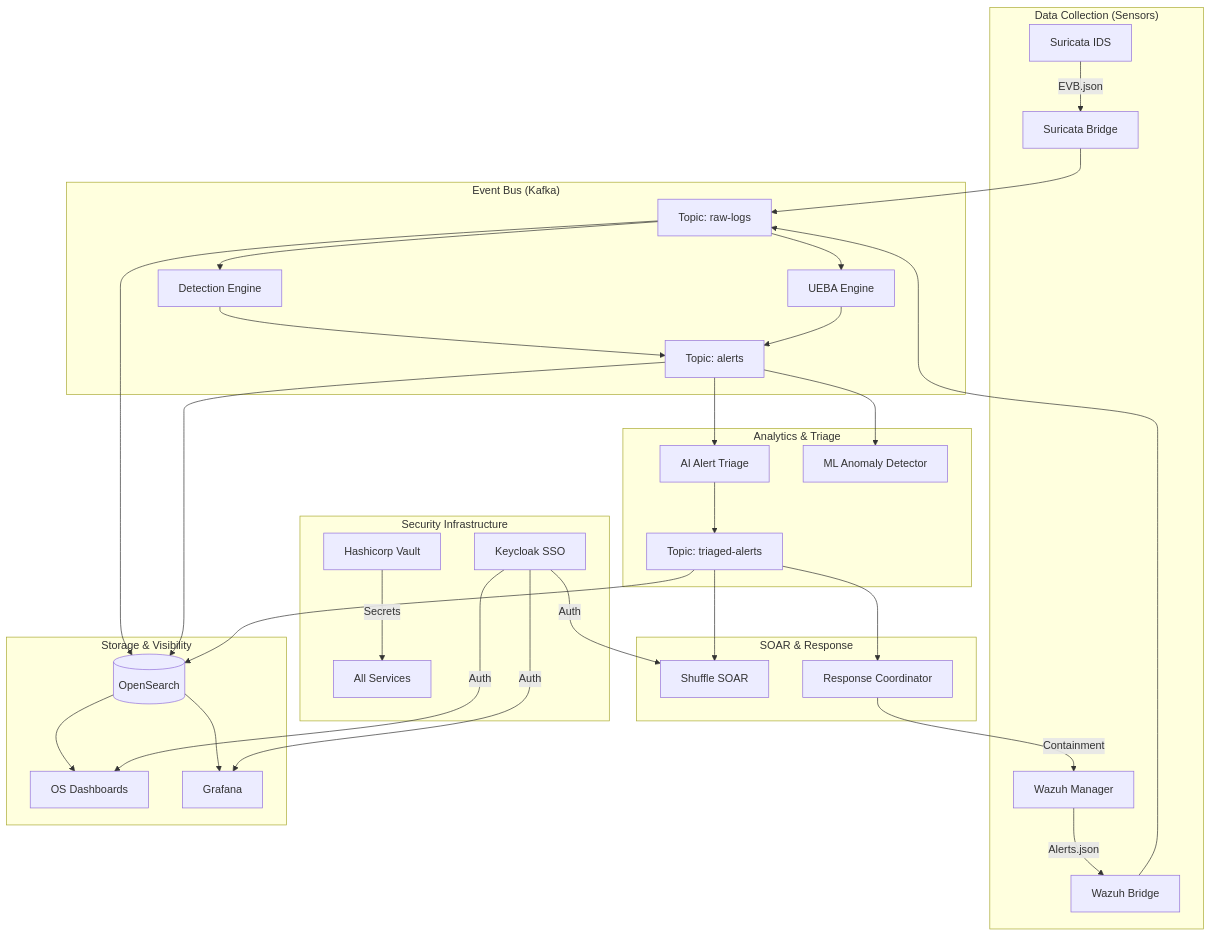
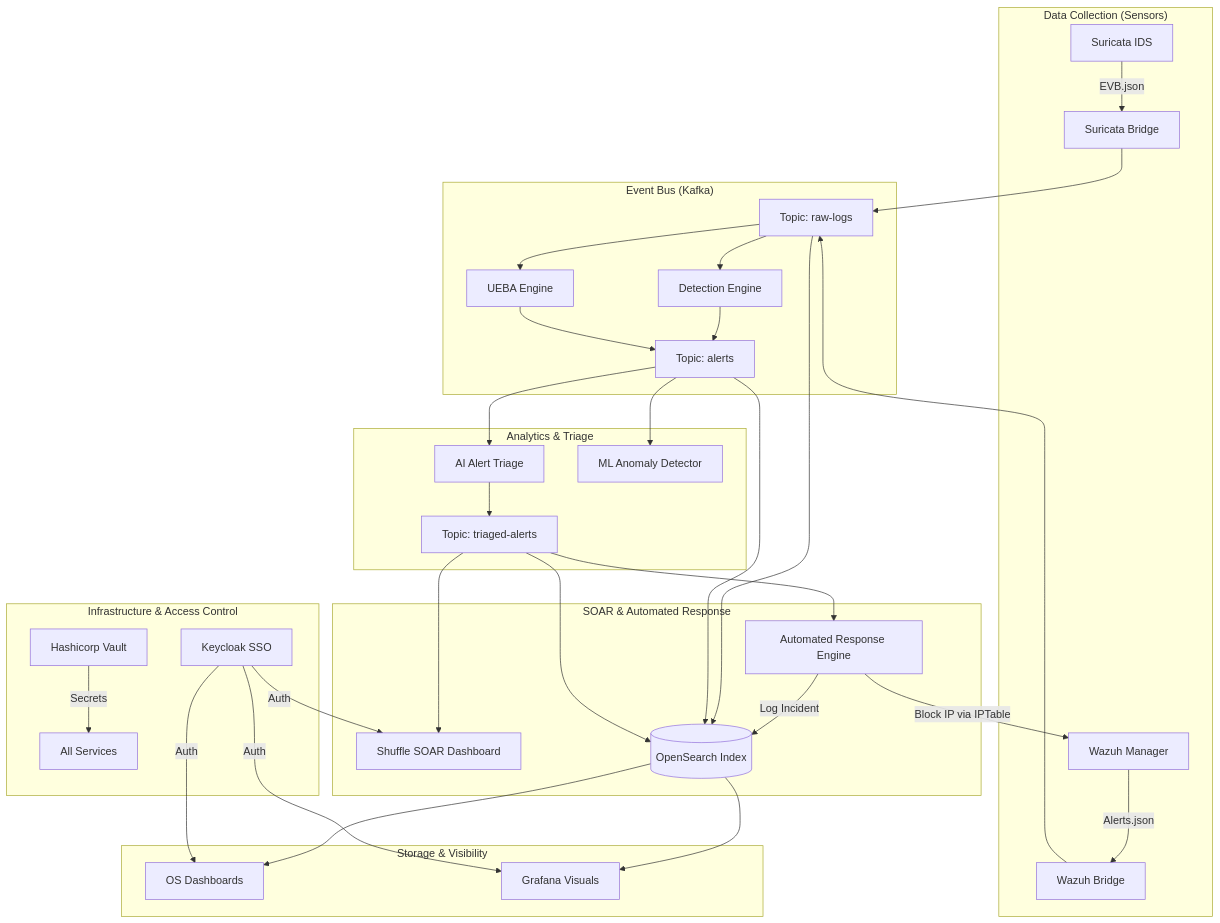
One commit to Adarsh16-30/Zero-Trust-SOC changed the diagram in README.md. Above: the diagram before and after it, drawn with Mermaid. The commit also changed other lines of this file and 4 other files, not shown here.

Commit message:
Optimize ML metrics, add OpenSearch response logging, and expand documentation

````diff
--- a/README.md
+++ b/README.md
@@ -15,37 +26,38 @@
 ```mermaid
 graph TD
     subgraph "Data Collection (Sensors)"
         S1[Suricata IDS] --> |EVB.json| B1[Suricata Bridge]
         S2[Wazuh Manager] --> |Alerts.json| B2[Wazuh Bridge]
     end
 
     subgraph "Event Bus (Kafka)"
         B1 & B2 --> K_RAW[Topic: raw-logs]
         K_RAW --> DE[Detection Engine]
         K_RAW --> UEBA[UEBA Engine]
         DE & UEBA --> K_ALERTS[Topic: alerts]
     end
 
     subgraph "Analytics & Triage"
         K_ALERTS --> LLM[AI Alert Triage]
         K_ALERTS --> AD[ML Anomaly Detector]
         LLM --> K_TRIAGED[Topic: triaged-alerts]
     end
 
-    subgraph "Storage & Visibility"
-        K_RAW & K_ALERTS & K_TRIAGED --> OS[(OpenSearch)]
-        OS --> OSD[OS Dashboards]
-        OS --> GRAF[Grafana]
+    subgraph "SOAR & Automated Response"
+        K_TRIAGED --> SHUF[Shuffle SOAR Dashboard]
+        K_TRIAGED --> RC[Automated Response Engine]
+        RC --> |Block IP via IPTable| S2
+        RC --> |Log Incident| OS
     end
 
-    subgraph "SOAR & Response"
-        K_TRIAGED --> SHUF[Shuffle SOAR]
-        K_TRIAGED --> RC[Response Coordinator]
-        RC --> |Containment| S2
+    subgraph "Storage & Visibility"
+        K_RAW & K_ALERTS & K_TRIAGED --> OS[(OpenSearch Index)]
+        OS --> OSD[OS Dashboards]
+        OS --> GRAF[Grafana Visuals]
     end
 
-    subgraph "Security Infrastructure"
+    subgraph "Infrastructure & Access Control"
         KV[Hashicorp Vault] --> |Secrets| ALL[All Services]
         KC[Keycloak SSO] --> |Auth| OSD & GRAF & SHUF
     end
 ```
````
